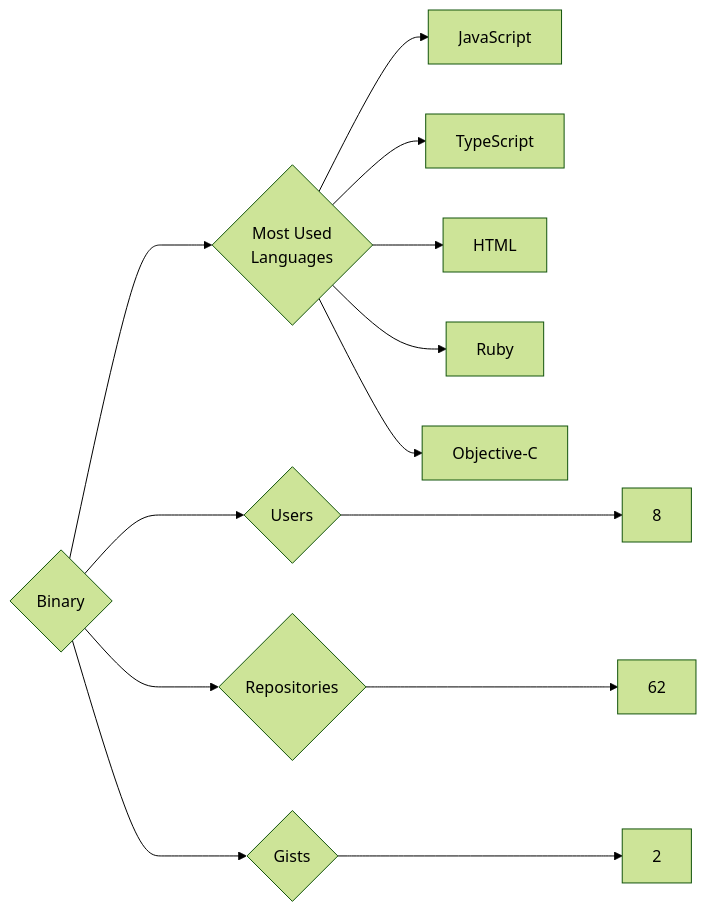
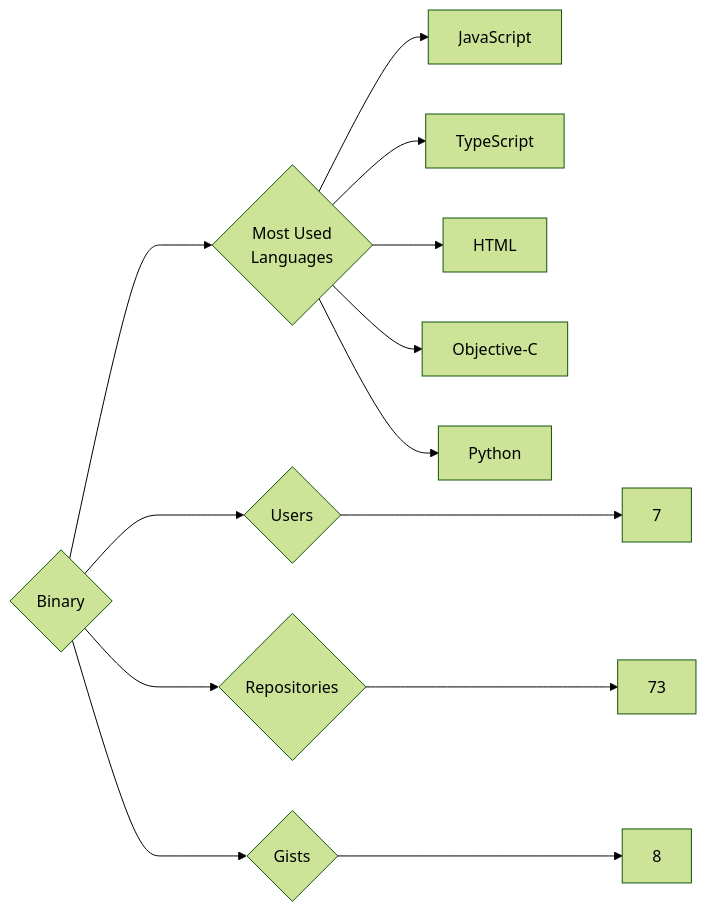
The diagram in targets/Binary/README.md (trickest/insiders), drawn with Mermaid (forest theme) before and after one commit. The commit also changed 1123 other files, not shown here.

````diff
--- a/targets/Binary/README.md
+++ b/targets/Binary/README.md
@@ -3,13 +3,13 @@
 ```mermaid
 graph LR
 COMPANY_NAME{Binary}
-COMPANY_NAME ---> U{Users} ---> UN[8]
-COMPANY_NAME ---> R{Repositories} ---> RN[62]
-COMPANY_NAME ---> G{Gists} ---> GN[2]
+COMPANY_NAME ---> U{Users} ---> UN[7]
+COMPANY_NAME ---> R{Repositories} ---> RN[73]
+COMPANY_NAME ---> G{Gists} ---> GN[8]
 COMPANY_NAME ---> ML{Most Used<br>Languages}
 ML --> JavaScript[JavaScript]
 ML --> TypeScript[TypeScript]
 ML --> HTML[HTML]
-ML --> Ruby[Ruby]
 ML --> Objective-C[Objective-C]
+ML --> Python[Python]
 ```
````
